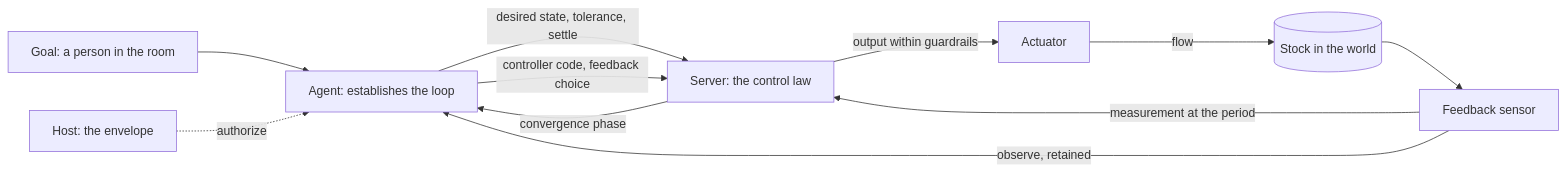
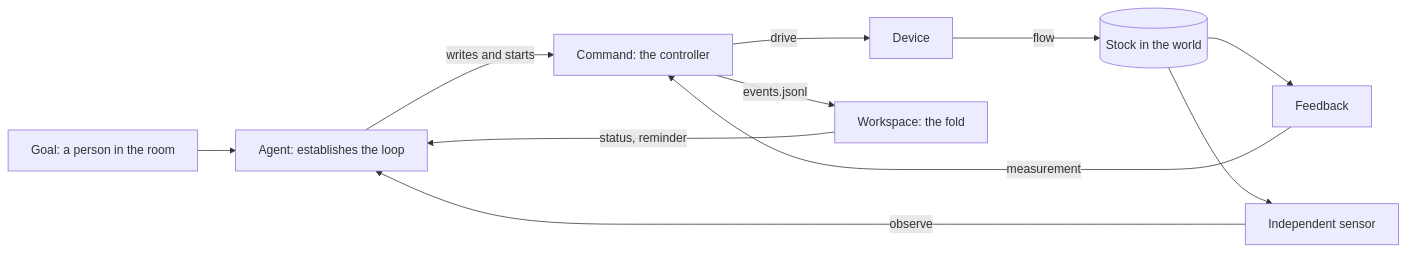
Before and after one commit to ambionframework/ambion: the diagram in docs/actuators.md, drawn with Mermaid. The commit also changed other lines of this file and 6 other files, not shown here.

````diff
--- a/docs/actuators.md
+++ b/docs/actuators.md
@@ -55,13 +68,13 @@
 ```mermaid
 flowchart LR
   goal[Goal: a person in the room] --> agent[Agent: establishes the loop]
-  agent -- desired state, tolerance, settle --> server[Server: the control law]
-  agent -- controller code, feedback choice --> server
-  server -- output within guardrails --> actuator[Actuator]
-  actuator -- flow --> stock[(Stock in the world)]
-  stock --> feedback[Feedback sensor]
-  feedback -- measurement at the period --> server
-  server -- convergence phase --> agent
-  feedback -- observe, retained --> agent
-  host[Host: the envelope] -. authorize .-> agent
+  agent -- writes and starts --> command[Command: the controller]
+  command -- drive --> device[Device]
+  device -- flow --> stock[(Stock in the world)]
+  stock --> feedback[Feedback]
+  feedback -- measurement --> command
+  command -- events.jsonl --> fold[Workspace: the fold]
+  fold -- status, reminder --> agent
+  stock --> independent[Independent sensor]
+  independent -- observe --> agent
 ```
````
